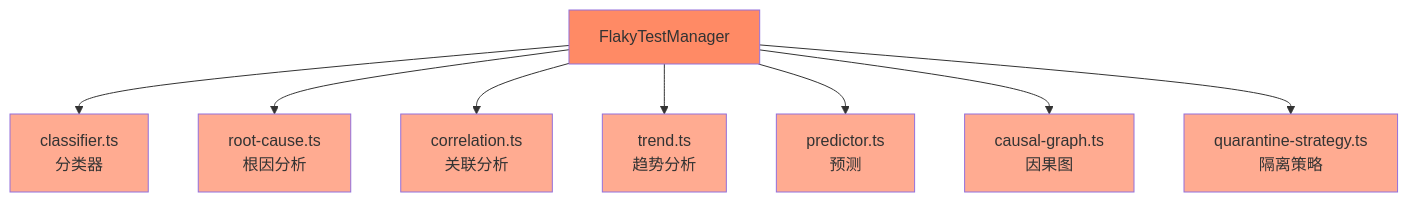
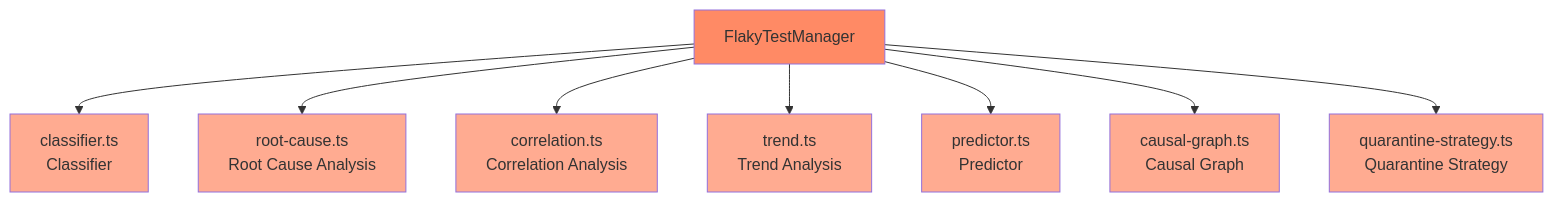
Before and after one commit to yuandiv/yuantest-playwright: the third of 4 diagrams in documentation/architecture.md, drawn with Mermaid. The commit also changed other lines of this file and 129 other files, not shown here.

````diff
--- a/documentation/architecture.md
+++ b/documentation/architecture.md
@@ -123,21 +123,21 @@
 ```mermaid
 graph TB
     FTM[FlakyTestManager]
 
-    FTM --> CLS[classifier.ts<br/>分类器]
-    FTM --> RC[root-cause.ts<br/>根因分析]
-    FTM --> COR[correlation.ts<br/>关联分析]
-    FTM --> TRD[trend.ts<br/>趋势分析]
-    FTM --> PRD[predictor.ts<br/>预测]
-    FTM --> CG[causal-graph.ts<br/>因果图]
-    FTM --> QS[quarantine-strategy.ts<br/>隔离策略]
+    FTM --> CLS[classifier.ts<br/>Classifier]
+    FTM --> RC[root-cause.ts<br/>Root Cause Analysis]
+    FTM --> COR[correlation.ts<br/>Correlation Analysis]
+    FTM --> TRD[trend.ts<br/>Trend Analysis]
+    FTM --> PRD[predictor.ts<br/>Predictor]
+    FTM --> CG[causal-graph.ts<br/>Causal Graph]
+    FTM --> QS[quarantine-strategy.ts<br/>Quarantine Strategy]
 
     style FTM fill:#ff8a65
     style CLS fill:#ffab91
     style RC fill:#ffab91
     style COR fill:#ffab91
     style TRD fill:#ffab91
     style PRD fill:#ffab91
     style CG fill:#ffab91
     style QS fill:#ffab91
 ```
````
